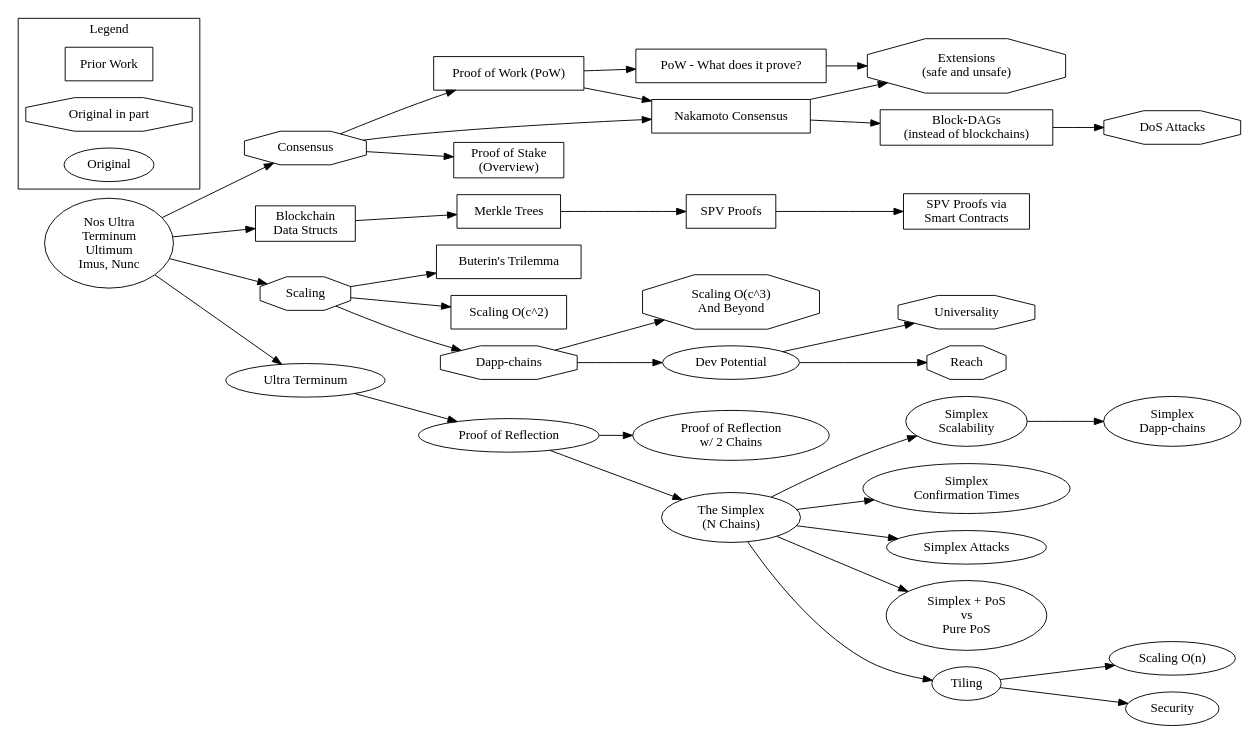
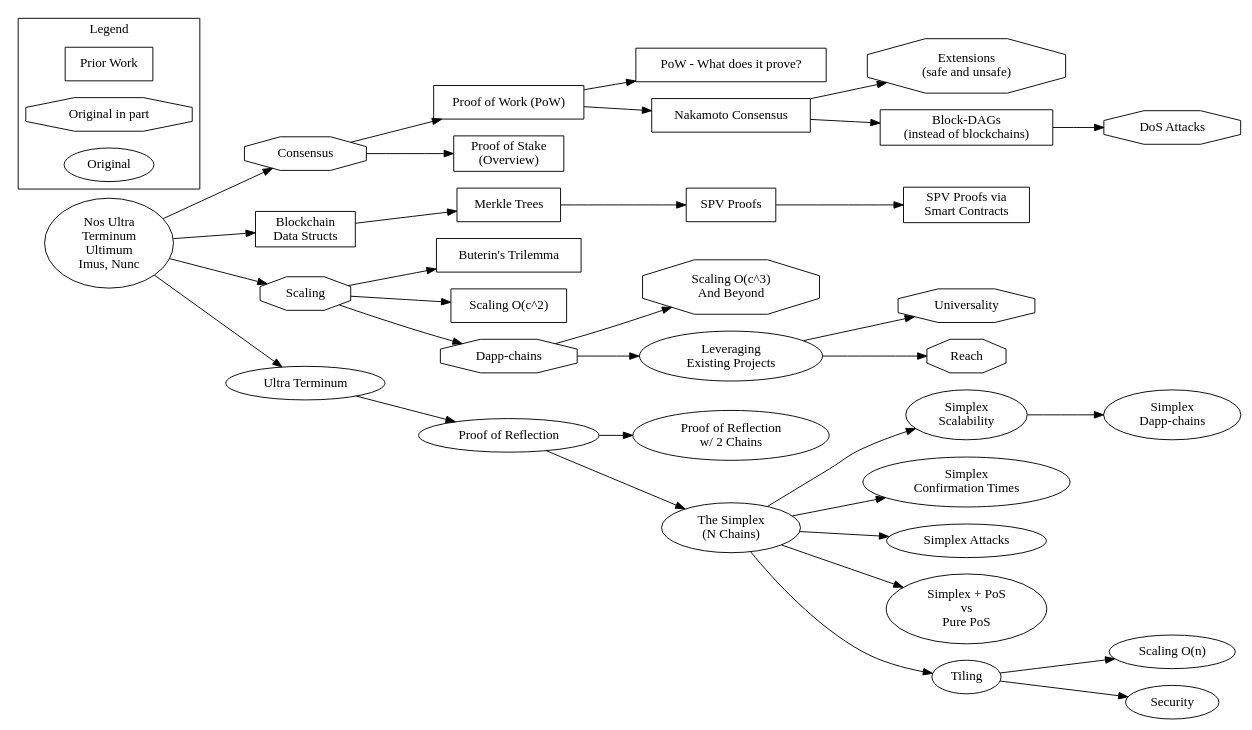
The diagram in includes/handout/topic-tree.gv (AmarooHQ/whitepaper), drawn with Graphviz before and after one commit. The commit also changed 4 other files, not shown here.

```diff
--- a/includes/handout/topic-tree.gv
+++ b/includes/handout/topic-tree.gv
@@ -1,94 +1,94 @@
 digraph TopicTree {
     compound=true;
     rankdir="LR";
 
     /* subgraph cluster_proofEngines {
         label = "Proof Engines";
         posEngine -> powEngine;
     } */
 
     /* subgraph cluster_whitePaper {
         // style=filled;
         // color=lightgrey;
         // node [style=filled];
         label = "White Paper";
         networkTopol -> utSpec;
         tokenomics;
         amarooVision;
         validation -> utSpec;
         dagDetails -> utSpec;
         wpDraft1 -> dagDetails,amarooVision,validation,networkTopol,tokenomics;
     } */
 
     nosimus [label = "Nos Ultra\nTerminum\nUltimum\nImus, Nunc", ordering=out];
 
     subgraph cluster_Legend {
         label = "Legend";
         prior [label = "Prior Work", shape=rectangle];
         partOriginal [label = "Original in part", shape=octagon];
         original [label = "Original"];
     }
 
     consensus [label = "Consensus", ordering=out, shape=octagon];
     pow [label = "Proof of Work (PoW)", shape=rectangle];
     essenceOfPoWDataInclusion [label = "PoW - What does it prove?", shape=rectangle];
     nakamotoConsensus [label = "Nakamoto Consensus", shape=rectangle];
     nakConsensusSafeUnsafe [label = "Extensions\n(safe and unsafe)", shape=octagon];
     PoSConsensusGeneral [label = "Proof of Stake\n(Overview)", shape=rectangle];
     blockDag [label = "Block-DAGs\n(instead of blockchains)", shape=rectangle];
     dosAttacks [label = "DoS Attacks", shape=octagon];
     dataStructsGeneral [label = "Blockchain\nData Structs", shape=rectangle];
     merkleTrees [label = "Merkle Trees", shape=rectangle];
     spvProofs [label = "SPV Proofs", shape=rectangle];
     spvProofsViaSC [label = "SPV Proofs via\nSmart Contracts", shape=rectangle];
     scaling [label = "Scaling", shape=octagon];
     scalingTrilemma [label = "Buterin's Trilemma", shape=rectangle];
     scalingOCSquared [label = "Scaling O(c^2)", shape=rectangle];
     scalingOCCubed [label = "Scaling O(c^3)\nAnd Beyond", shape=octagon];
     scalingON [label = "Scaling O(n)"];
     UT [label = "Ultra Terminum"];
     powReflection [label = "Proof of Reflection"];
     powRefTwoChains [label = "Proof of Reflection\nw/ 2 Chains"];
     //UTCore [label = "Core of Ultra Terminum"];
     powRefSimplex [label = "The Simplex\n(N Chains)"];
     simplexScale [label = "Simplex\nScalability"];
     simplexDappChains [label = "Simplex\nDapp-chains"];
     powRefConfirmationTimes [label = "Simplex\nConfirmation Times"];
     powRefAttacks [label = "Simplex Attacks"];
     simplexPoSVsPurePoS [label = "Simplex + PoS\nvs\nPure PoS"];
     dappChains [label = "Dapp-chains", shape=octagon];
-    devPotential [label = "Dev Potential"];
+    devPotential [label = "Leveraging\nExisting Projects"];
     devPotentialUniversality [label = "Universality", shape=octagon];
     devPotentialReach [label = "Reach", shape=octagon];
     tiling [label = "Tiling"];
     tilingSec [label = "Security"];
 
     nosimus -> consensus;
     consensus -> pow;
-    consensus -> nakamotoConsensus -> nakConsensusSafeUnsafe;
     pow -> nakamotoConsensus;
-    essenceOfPoWDataInclusion -> nakConsensusSafeUnsafe;
+    pow -> essenceOfPoWDataInclusion;
+    // essenceOfPoWDataInclusion -> nakConsensusSafeUnsafe;
+    nakamotoConsensus -> nakConsensusSafeUnsafe;
     consensus -> PoSConsensusGeneral;
     nakamotoConsensus -> blockDag;
     blockDag -> dosAttacks;
     //nakamotoConsensus -> essenceOfPoWDataInclusion;
-    pow -> essenceOfPoWDataInclusion;
     nosimus -> dataStructsGeneral -> merkleTrees -> spvProofs -> spvProofsViaSC;
     nosimus -> scaling -> scalingTrilemma;
     scaling -> scalingOCSquared;
     scaling -> dappChains -> scalingOCCubed;
     //scaling -> scalingON;
     nosimus -> UT -> powReflection -> powRefTwoChains;
     powReflection -> powRefSimplex -> simplexScale -> simplexDappChains;
     powRefSimplex -> powRefConfirmationTimes;
     powRefSimplex -> powRefAttacks;
     powRefSimplex -> simplexPoSVsPurePoS;
 
     dappChains -> devPotential -> devPotentialReach;
     devPotential -> devPotentialUniversality;
 
     powRefSimplex -> tiling;
 
     tiling -> scalingON;
     tiling -> tilingSec;
 }
```
